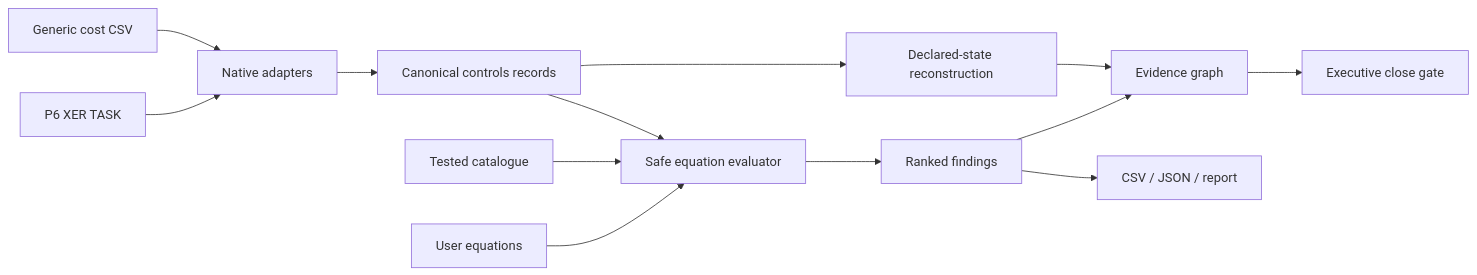
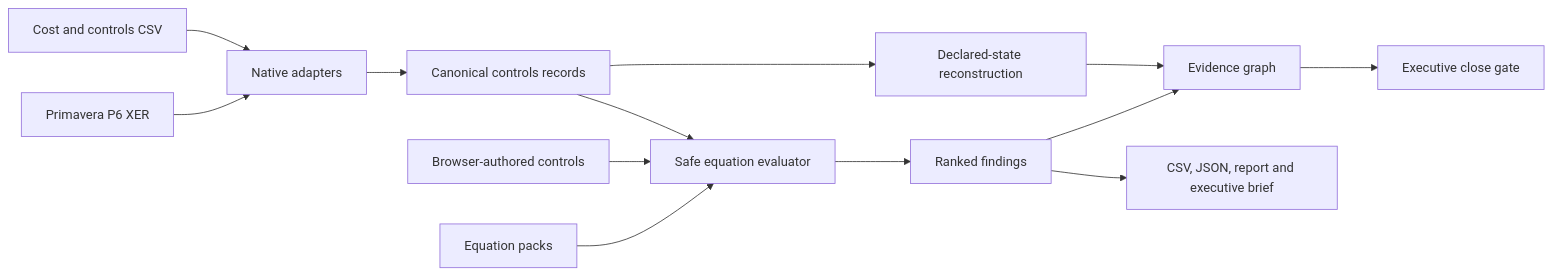
The diagram in README.md (FlorianStuettgen/EQ-Proof), drawn with Mermaid before and after one commit. The commit also changed other lines of this file and 9 other files, not shown here.

````diff
--- a/README.md
+++ b/README.md
@@ -251,15 +249,15 @@
 ```mermaid
 flowchart LR
-    P6[P6 XER TASK] --> ADAPTERS[Native adapters]
-    COST[Generic cost CSV] --> ADAPTERS
-    USER[User equations] --> SAFE[Safe equation evaluator]
-    CAT[Tested catalogue] --> SAFE
-    ADAPTERS --> MODEL[Canonical controls records]
-    MODEL --> SAFE
-    SAFE --> FINDINGS[Ranked findings]
-    MODEL --> RECON[Declared-state reconstruction]
-    FINDINGS --> GRAPH[Evidence graph]
-    RECON --> GRAPH
-    GRAPH --> GATE[Executive close gate]
-    FINDINGS --> EXPORT[CSV / JSON / report]
+    P6[Primavera P6 XER] --> A[Native adapters]
+    COST[Cost and controls CSV] --> A
+    PACK[Equation packs] --> E[Safe equation evaluator]
+    UI[Browser-authored controls] --> E
+    A --> N[Canonical controls records]
+    N --> E
+    E --> F[Ranked findings]
+    N --> R[Declared-state reconstruction]
+    F --> G[Evidence graph]
+    R --> G
+    G --> D[Executive close gate]
+    F --> O[CSV, JSON, report and executive brief]
 ```
````
